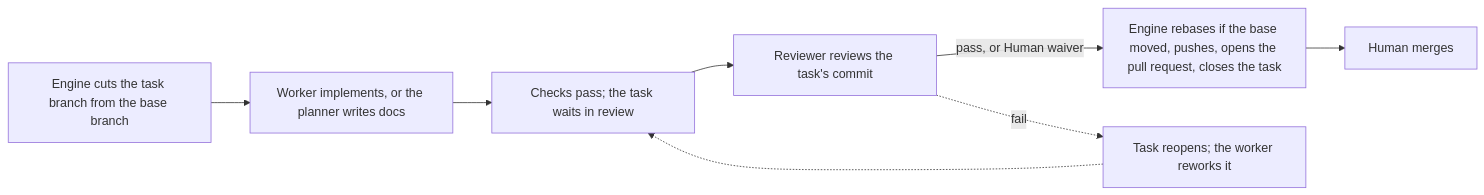
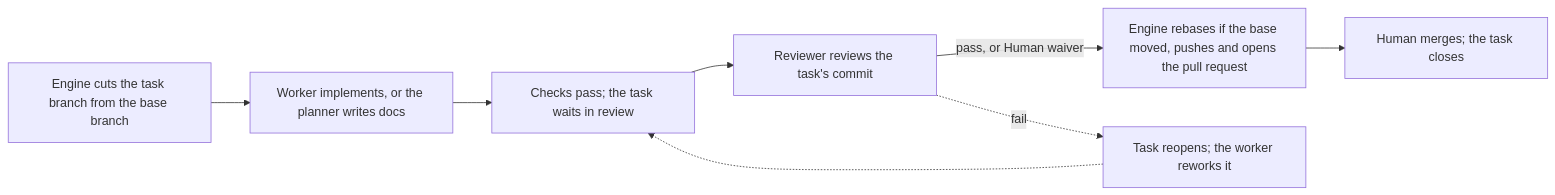
One commit to trustmybot/tmb changed the ninth of 12 diagrams in docs/flows/FLOWS.md. Above: the diagram before and after it, drawn with Mermaid. The commit also changed other lines of this file and 11 other files, not shown here.

````diff
--- a/docs/flows/FLOWS.md
+++ b/docs/flows/FLOWS.md
@@ -165,10 +165,10 @@
 ```mermaid
 flowchart LR
     A["Engine cuts the task branch from the base branch"] --> B["Worker implements, or the planner writes docs"]
     B --> C["Checks pass; the task waits in review"]
     C --> D["Reviewer reviews the task's commit"]
-    D -- "pass, or Human waiver" --> E["Engine rebases if the base moved, pushes, opens the pull request, closes the task"]
-    E --> F["Human merges"]
+    D -- "pass, or Human waiver" --> E["Engine rebases if the base moved, pushes and opens the pull request"]
+    E --> F["Human merges; the task closes"]
     D -. fail .-> G["Task reopens; the worker reworks it"]
     G -.-> C
 ```
````
